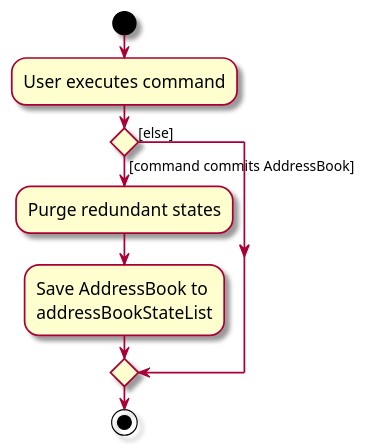
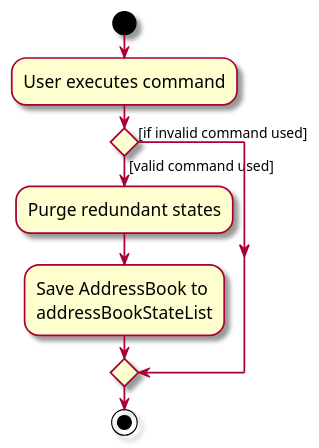
One commit to samuelthen/tp changed the diagram in docs/diagrams/CommitActivityDiagram.puml. Above: the diagram before and after it, drawn with PlantUML. The commit also changed 1 other file, not shown here.

Commit message:
update .puml files according to uml diagram changes

```diff
--- a/docs/diagrams/CommitActivityDiagram.puml
+++ b/docs/diagrams/CommitActivityDiagram.puml
@@ -1,18 +1,18 @@
 @startuml
 skin rose
 skinparam ActivityFontSize 15
 skinparam ArrowFontSize 12
 start
 :User executes command;
 
 'Since the beta syntax does not support placing the condition outside the
 'diamond we place it as the true branch instead.
 
-if () then ([command commits AddressBook])
+if () then ([valid command used])
     :Purge redundant states;
     :Save AddressBook to
     addressBookStateList;
-else ([else])
+else ([if invalid command used])
 endif
 stop
 @enduml
```
